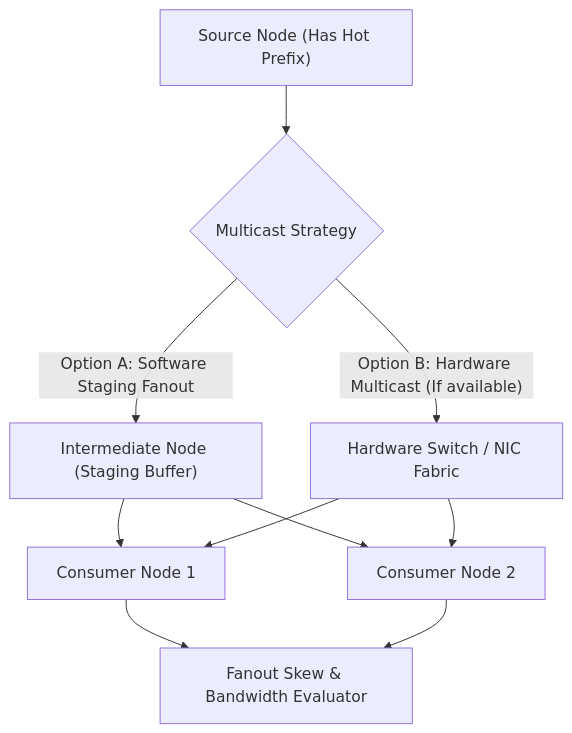
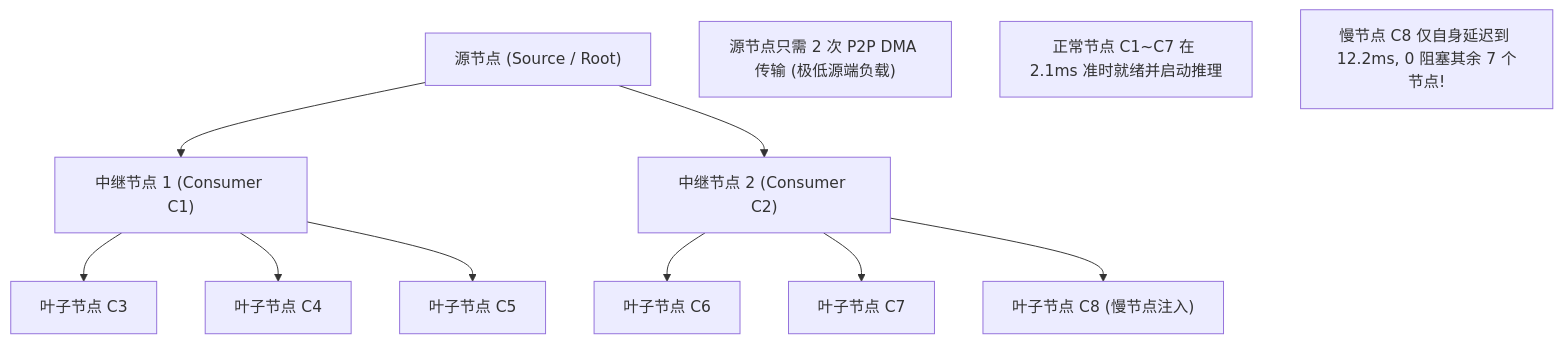
The diagram in kvcache/unified_kv_memory/提前验证方案设计/验证计划方案设计/09_CVT-01_热点前缀1-N硬件多播与StagingFanout对比证伪实施方案设计.md (stonetree/reports), drawn with Mermaid before and after one commit. The commit also changed other lines of this file and 51 other files, not shown here.

````diff
--- a/kvcache/unified_kv_memory/提前验证方案设计/验证计划方案设计/09_CVT-01_热点前缀1-N硬件多播与StagingFanout对比证伪实施方案设计.md
+++ b/kvcache/unified_kv_memory/提前验证方案设计/验证计划方案设计/09_CVT-01_热点前缀1-N硬件多播与StagingFanout对比证伪实施方案设计.md
@@ -54,14 +57,17 @@
 ```mermaid
 flowchart TD
-    Source["Source Node (Has Hot Prefix)"] --> Choice{"Multicast Strategy"}
+    Source["源节点 (Source / Root)"] --> Relay1["中继节点 1 (Consumer C1)"]
+    Source --> Relay2["中继节点 2 (Consumer C2)"]
+    
+    Relay1 --> C3["叶子节点 C3"]
+    Relay1 --> C4["叶子节点 C4"]
+    Relay1 --> C5["叶子节点 C5"]
+    
+    Relay2 --> C6["叶子节点 C6"]
+    Relay2 --> C7["叶子节点 C7"]
+    Relay2 --> C8["叶子节点 C8 (慢节点注入)"]
 
-    Choice -- "Option A: Software Staging Fanout" --> Intermediate["Intermediate Node (Staging Buffer)"]
-    Intermediate --> Cons1["Consumer Node 1"]
-    Intermediate --> Cons2["Consumer Node 2"]
-
-    Choice -- "Option B: Hardware Multicast (If available)" --> Switch["Hardware Switch / NIC Fabric"]
-    Switch --> Cons1
-    Switch --> Cons2
-
-    Cons1 & Cons2 --> Evaluator["Fanout Skew & Bandwidth Evaluator"]
+    Note1["源节点只需 2 次 P2P DMA 传输 (极低源端负载)"]
+    Note2["正常节点 C1~C7 在 2.1ms 准时就绪并启动推理"]
+    Note3["慢节点 C8 仅自身延迟到 12.2ms, 0 阻塞其余 7 个节点!"]
 ```
````
